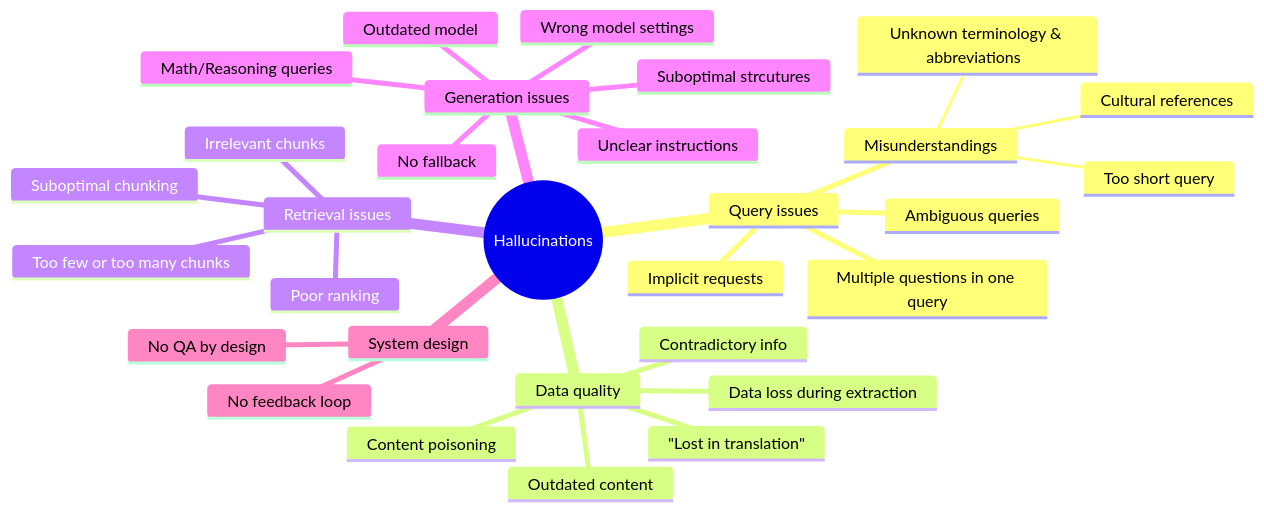
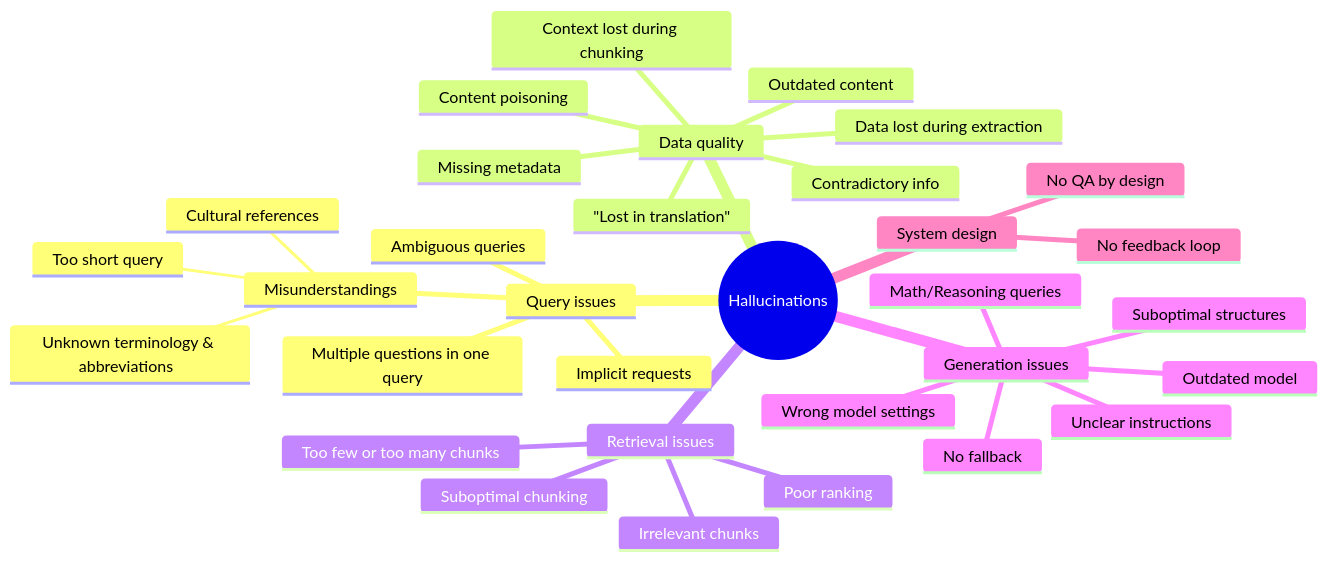
The second of 2 diagrams in hardening_rag/presentation.md (zahhar/global_azure), drawn with Mermaid before and after one commit. The commit also changed other lines of this file and 5 other files, not shown here.

```diff
--- a/hardening_rag/presentation.md
+++ b/hardening_rag/presentation.md
@@ -231,33 +141,35 @@
 <div class="mermaid">
 mindmap
   root((Hallucinations))
     Query issues
       Ambiguous queries
       Implicit requests
       Multiple questions in one query
       Misunderstandings
         Too short query
         Cultural references
         Unknown terminology & abbreviations  
     Data quality
       "Lost in translation"
       Outdated content
       Contradictory info
-      Data loss during extraction
+      Data lost during extraction
+      Context lost during chunking
+      Missing metadata
       Content poisoning
     Retrieval issues
       Irrelevant chunks
       Suboptimal chunking
       Poor ranking
       Too few or too many chunks
     Generation issues
       Math/Reasoning queries
       Wrong model settings
       Unclear instructions
-      Suboptimal strcutures
+      Suboptimal structures
       No fallback
       Outdated model
     System design
       No QA by design
       No feedback loop
 </div>
```
